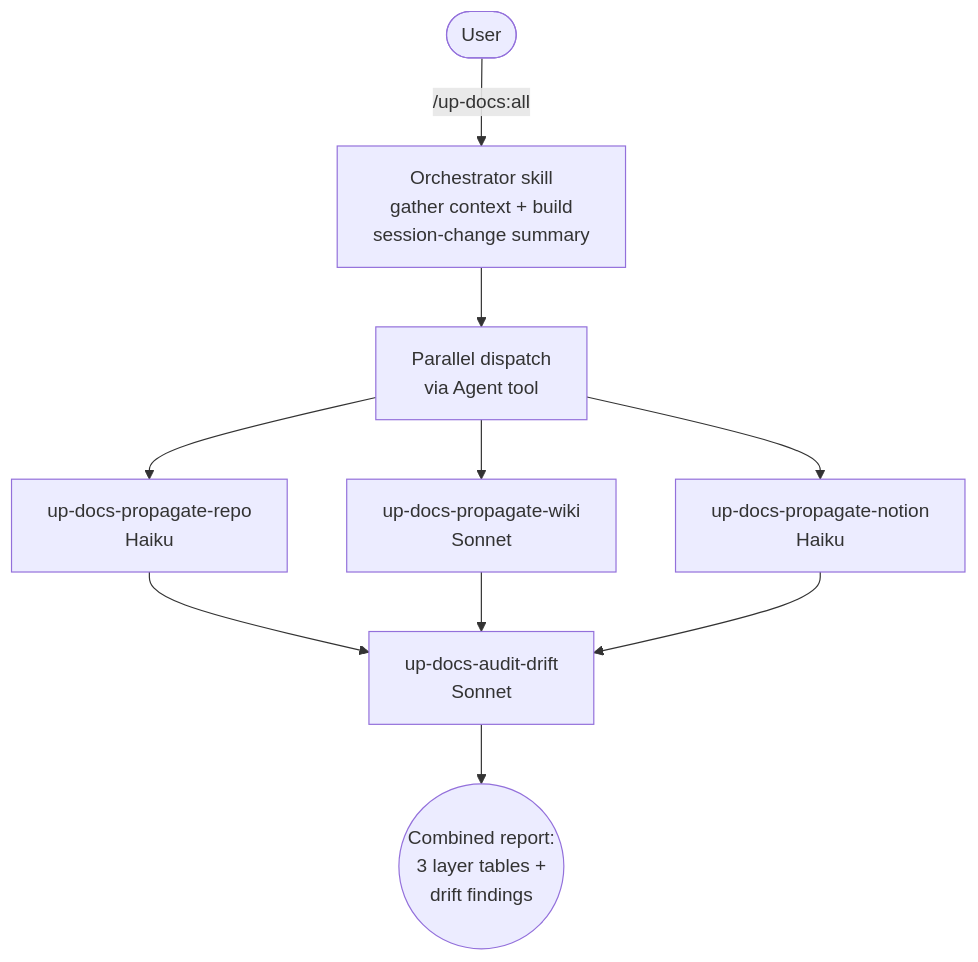
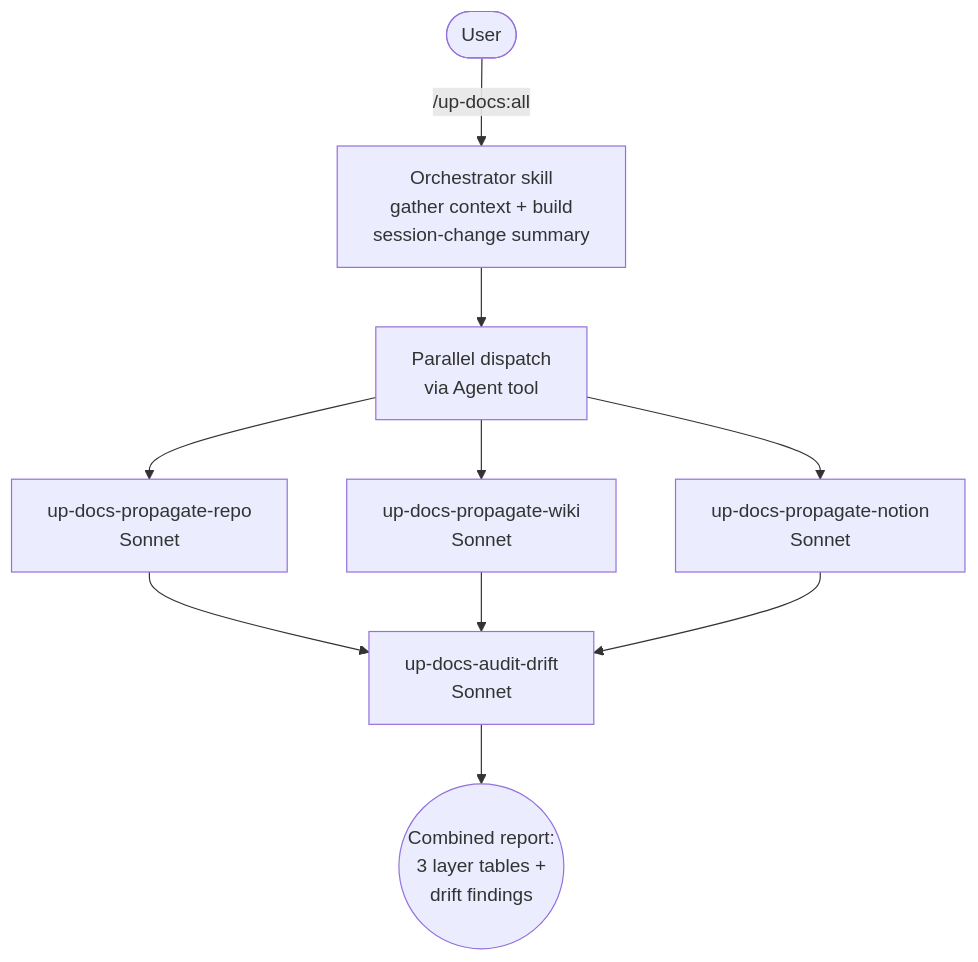
Before and after one commit to L3DigitalNet/Claude-Code-Plugins: the first of 3 diagrams in plugins/up-docs/README.md, drawn with Mermaid. The commit also changed other lines of this file and 9 other files, not shown here.

First line of the commit message:
feat(up-docs): promote repo + Notion propagators Haiku → Sonnet (all sub-agents now Sonnet)

````diff
--- a/plugins/up-docs/README.md
+++ b/plugins/up-docs/README.md
@@ -103,12 +103,12 @@
 ```mermaid
 flowchart TD
     User([User]) -->|"/up-docs:all"| Orchestrator[Orchestrator skill<br/>gather context + build<br/>session-change summary]
     Orchestrator --> Dispatch[Parallel dispatch<br/>via Agent tool]
-    Dispatch --> Repo[up-docs-propagate-repo<br/>Haiku]
+    Dispatch --> Repo[up-docs-propagate-repo<br/>Sonnet]
     Dispatch --> Wiki[up-docs-propagate-wiki<br/>Sonnet]
-    Dispatch --> Notion[up-docs-propagate-notion<br/>Haiku]
+    Dispatch --> Notion[up-docs-propagate-notion<br/>Sonnet]
     Repo --> Audit[up-docs-audit-drift<br/>Sonnet]
     Wiki --> Audit
     Notion --> Audit
     Audit --> Report((Combined report:<br/>3 layer tables +<br/>drift findings))
 ```
````
